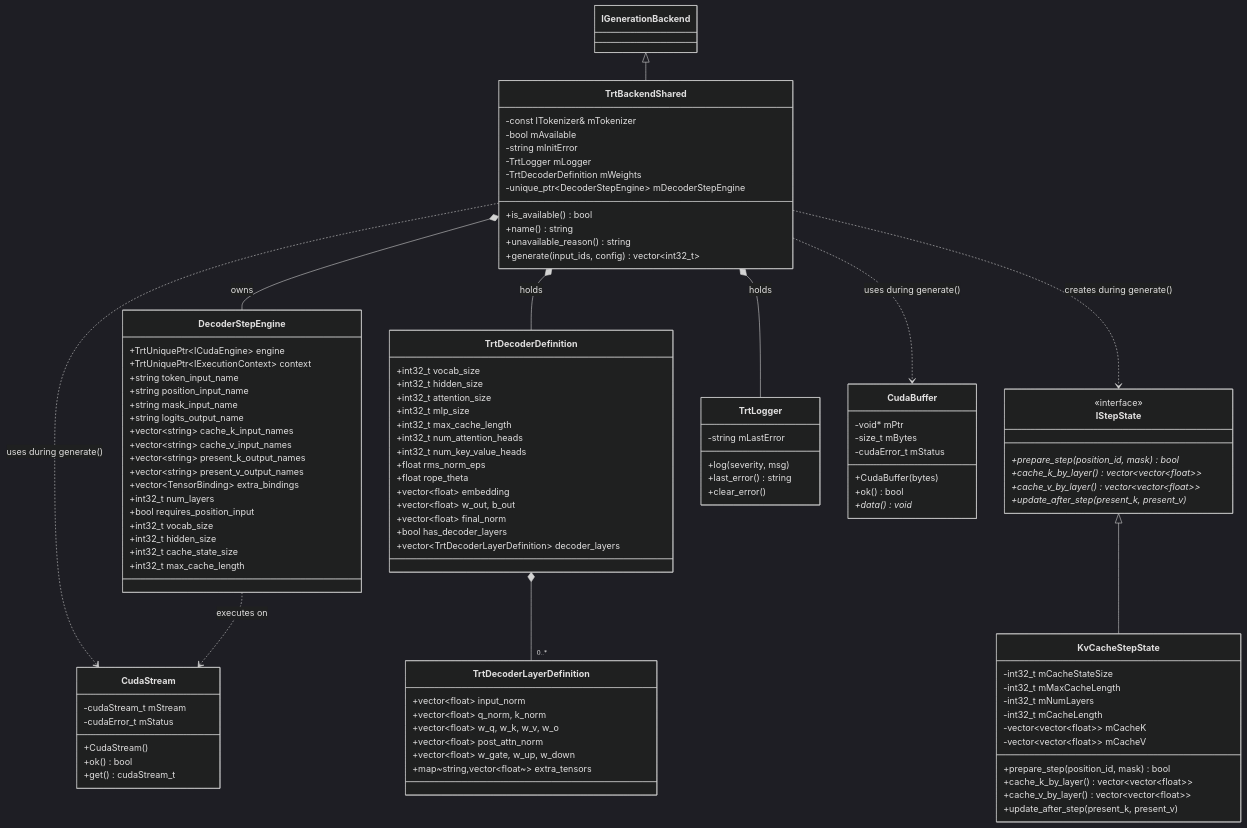
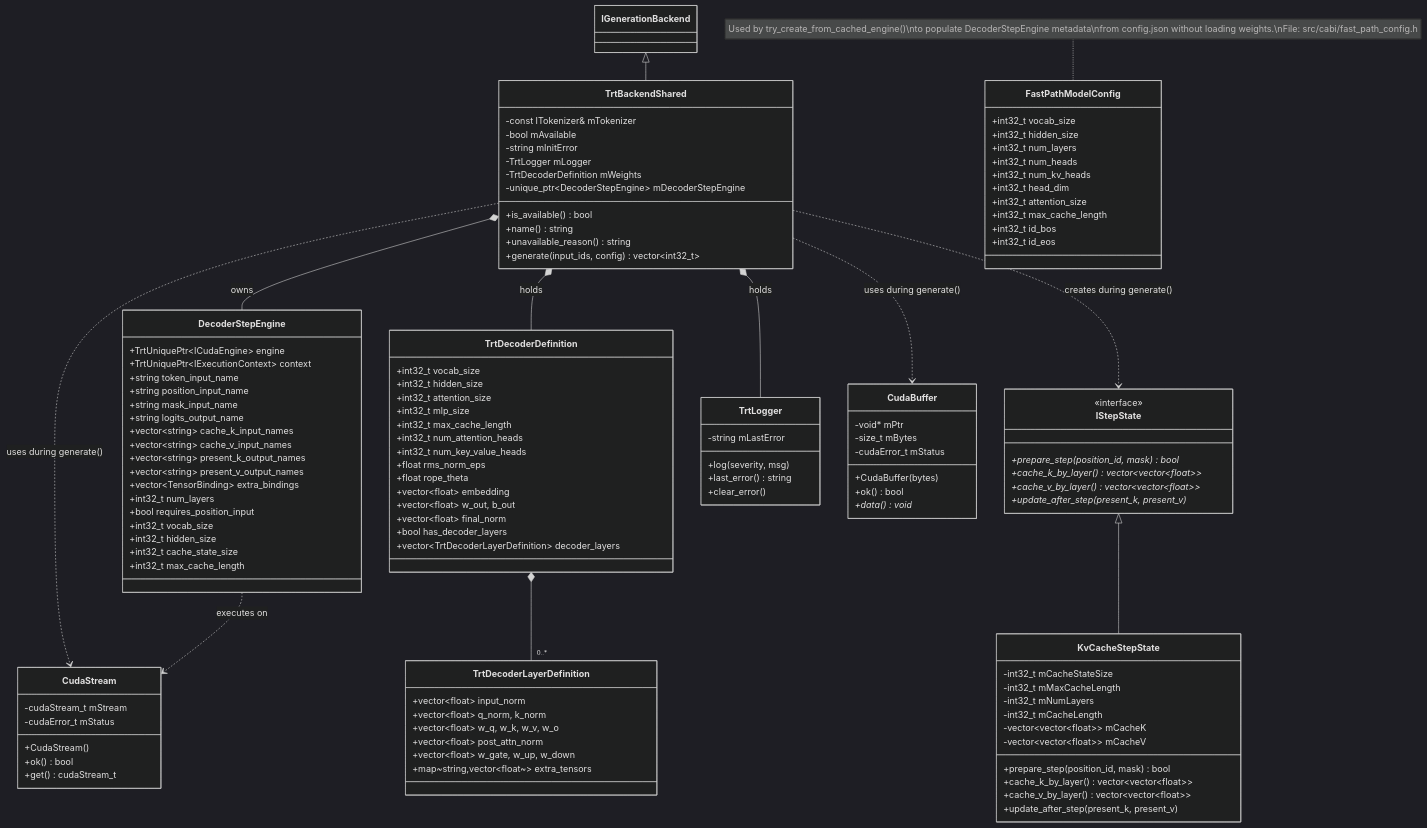
The sixth of 8 diagrams in docs/wiki/Static-Design.md (AbishekCoder1/TensorRT-Model-Connect), drawn with Mermaid (dark theme) before and after one commit. The commit also changed other lines of this file and 12 other files, not shown here.

First line of the commit message:
test: Comprehensive test coverage for engine cache fast path (23 new tests)

````diff
--- a/docs/wiki/Static-Design.md
+++ b/docs/wiki/Static-Design.md
@@ -467,6 +467,19 @@
         +data() void*
     }
 
+    class FastPathModelConfig {
+        +int32_t vocab_size
+        +int32_t hidden_size
+        +int32_t num_layers
+        +int32_t num_heads
+        +int32_t num_kv_heads
+        +int32_t head_dim
+        +int32_t attention_size
+        +int32_t max_cache_length
+        +int32_t id_bos
+        +int32_t id_eos
+    }
+
     IGenerationBackend <|-- TrtBackendShared
     TrtBackendShared *-- DecoderStepEngine : owns
     TrtBackendShared *-- TrtDecoderDefinition : holds
@@ -477,4 +490,6 @@
     IStepState <|-- KvCacheStepState
     TrtDecoderDefinition *-- "0..*" TrtDecoderLayerDefinition
     DecoderStepEngine ..> CudaStream : executes on
+
+    note for FastPathModelConfig "Used by try_create_from_cached_engine()\nto populate DecoderStepEngine metadata\nfrom config.json without loading weights.\nFile: src/cabi/fast_path_config.h"
 ```
````
